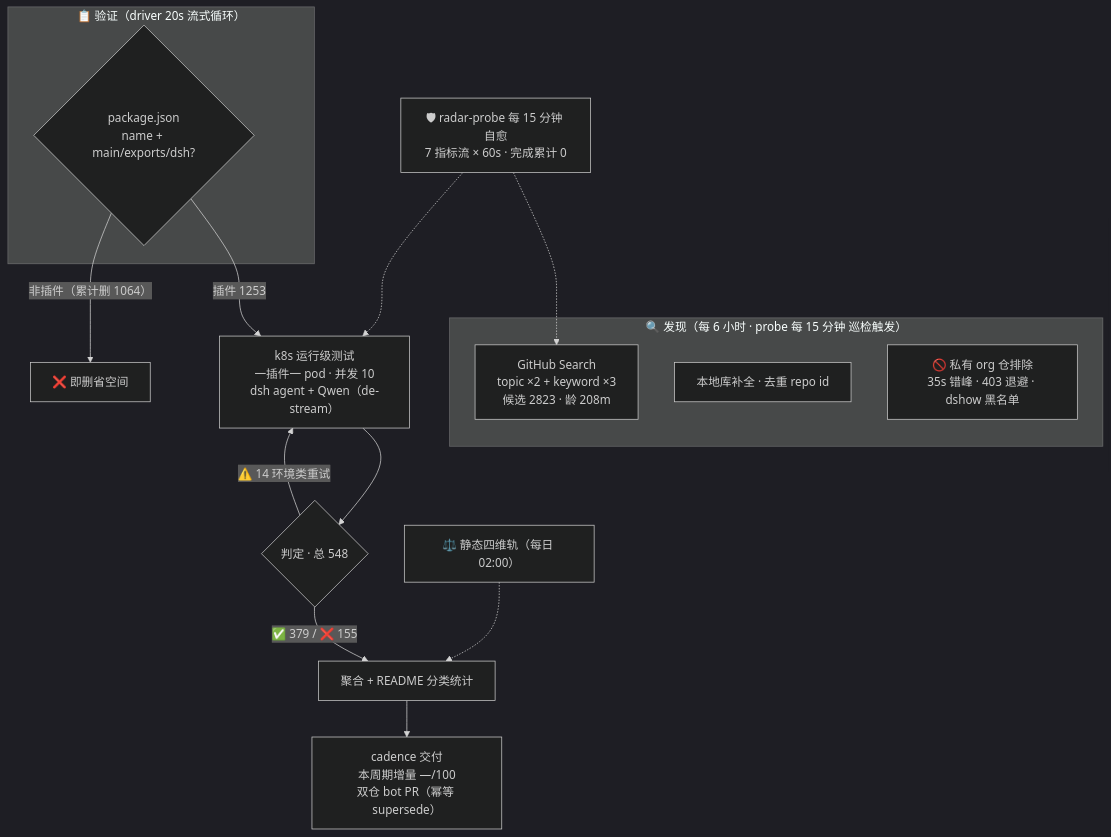
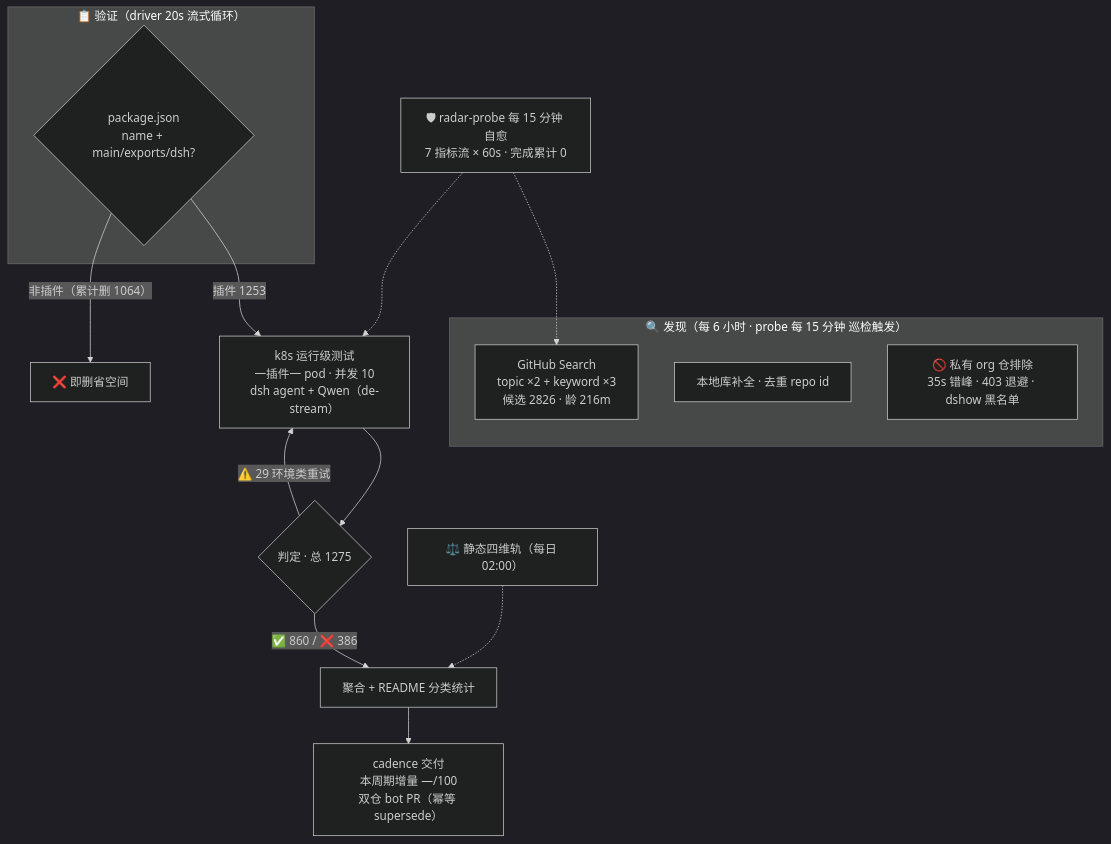
Before and after one commit to Zhidao-Lab-OSS/awesome-dsh-plugins: the diagram in README.md, drawn with Mermaid (dark theme). The commit also changed other lines of this file and 1 other file, not shown here.

````diff
--- a/README.md
+++ b/README.md
@@ -32,20 +32,20 @@
 ```mermaid
 flowchart TB
     subgraph Discovery["🔍 发现（每 6 小时 · probe 每 15 分钟 巡检触发）"]
-        A1["GitHub Search<br/>topic ×2 + keyword ×3<br/>候选 2823 · 龄 208m"]
+        A1["GitHub Search<br/>topic ×2 + keyword ×3<br/>候选 2826 · 龄 216m"]
         A2["本地库补全 · 去重 repo id"]
         A3["🚫 私有 org 仓排除<br/>35s 错峰 · 403 退避 · dshow 黑名单"]
     end
     subgraph Validation["📋 验证（driver 20s 流式循环）"]
         B1{"package.json<br/>name + main/exports/dsh?"}
     end
     B1 -->|"插件 1253"| C1["k8s 运行级测试<br/>一插件一 pod · 并发 10<br/>dsh agent + Qwen（de-stream）"]
     B1 -->|"非插件（累计删 1064）"| B3["❌ 即删省空间"]
-    C1 --> D1{"判定 · 总 548"}
-    D1 -->|"✅ 379 / ❌ 155"| E1["聚合 + README 分类统计"]
-    D1 -->|"⚠️ 14 环境类重试"| C1
+    C1 --> D1{"判定 · 总 1275"}
+    D1 -->|"✅ 860 / ❌ 386"| E1["聚合 + README 分类统计"]
+    D1 -->|"⚠️ 29 环境类重试"| C1
     E1 --> E2["cadence 交付<br/>本周期增量 —/100<br/>双仓 bot PR（幂等 supersede）"]
     S["⚖️ 静态四维轨（每日 02:00）"] -.-> E1
     M["🛡 radar-probe 每 15 分钟 自愈<br/>7 指标流 × 60s · 完成累计 0"] -.-> A1
     M -.-> C1
 ```
````
